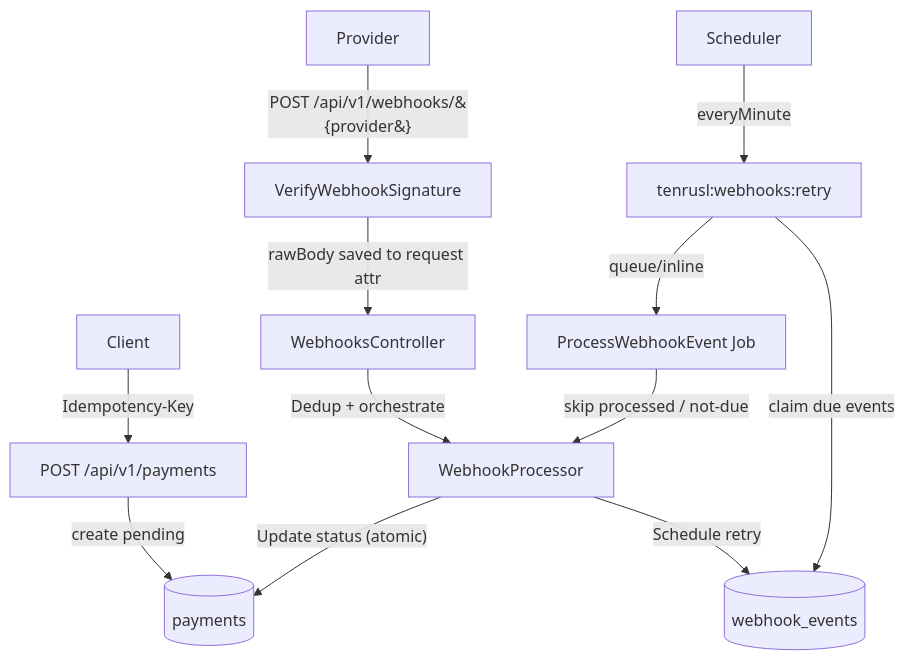
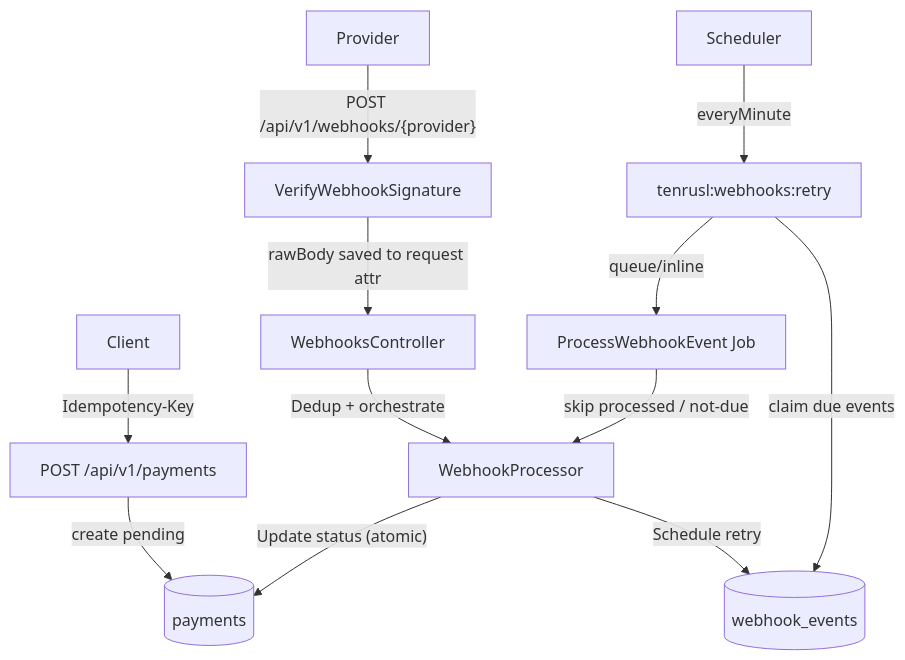
One commit to kakrusliandika/TenRusl-Payment-Webhook-sim changed the diagram in README.md. Above: the diagram before and after it, drawn with Mermaid. The commit also changed other lines of this file and 78 other files, not shown here.

````diff
--- a/README.md
+++ b/README.md
@@ -81,16 +193,16 @@
 ```mermaid
 flowchart TD
   A[Client] -->|"Idempotency-Key"| B["POST /api/v1/payments"]
   B -->|"create pending"| P[(payments)]
 
-  W[Provider] -->|"POST /api/v1/webhooks/&#123;provider&#125;"| M[VerifyWebhookSignature]
+  W[Provider] -->|"POST /api/v1/webhooks/{provider}"| M[VerifyWebhookSignature]
   M -->|"rawBody saved to request attr"| C[WebhooksController]
   C -->|"Dedup + orchestrate"| R[WebhookProcessor]
   R -->|"Update status (atomic)"| P
   R -->|"Schedule retry"| E[(webhook_events)]
 
   S[Scheduler] -->|"everyMinute"| K["tenrusl:webhooks:retry"]
   K -->|"claim due events"| E
   K -->|"queue/inline"| J[ProcessWebhookEvent Job]
   J -->|"skip processed / not-due"| R
 ```
````
